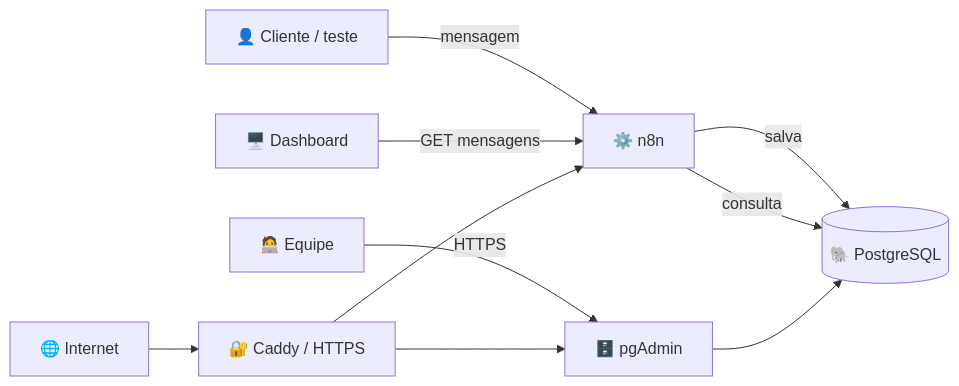
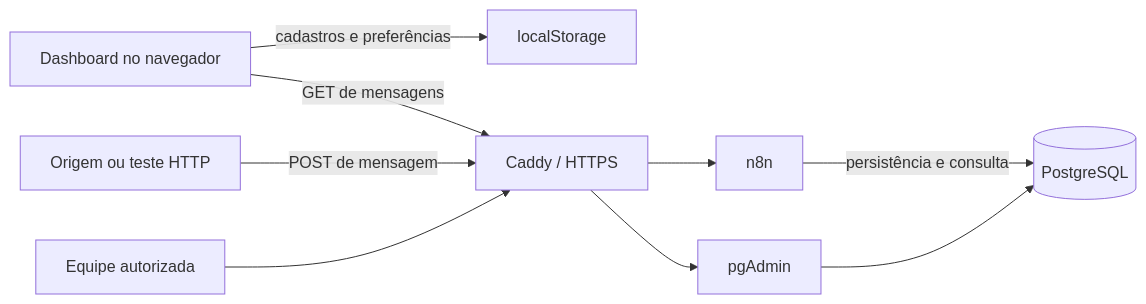
Before and after one commit to socialmei-ia/SocialMEI-IA: the diagram in README.md, drawn with Mermaid. The commit also changed other lines of this file and 4 other files, not shown here.

````diff
--- a/README.md
+++ b/README.md
@@ -103,12 +87,11 @@
 ```mermaid
 flowchart LR
-    USER["👤 Cliente / teste"] -->|mensagem| N8N["⚙️ n8n"]
-    N8N -->|salva| DB[("🐘 PostgreSQL")]
-    DASH["🖥️ Dashboard"] -->|GET mensagens| N8N
-    N8N -->|consulta| DB
-    TEAM["🧑‍💻 Equipe"] -->|HTTPS| PG["🗄️ pgAdmin"]
-    PG --> DB
-    WEB["🌐 Internet"] --> CADDY["🔐 Caddy / HTTPS"]
-    CADDY --> N8N
-    CADDY --> PG
+    B["Dashboard no navegador"] -->|cadastros e preferências| L["localStorage"]
+    B -->|GET de mensagens| C["Caddy / HTTPS"]
+    T["Origem ou teste HTTP"] -->|POST de mensagem| C
+    C --> N["n8n"]
+    N -->|persistência e consulta| D[("PostgreSQL")]
+    E["Equipe autorizada"] --> C
+    C --> P["pgAdmin"]
+    P --> D
 ```
````
